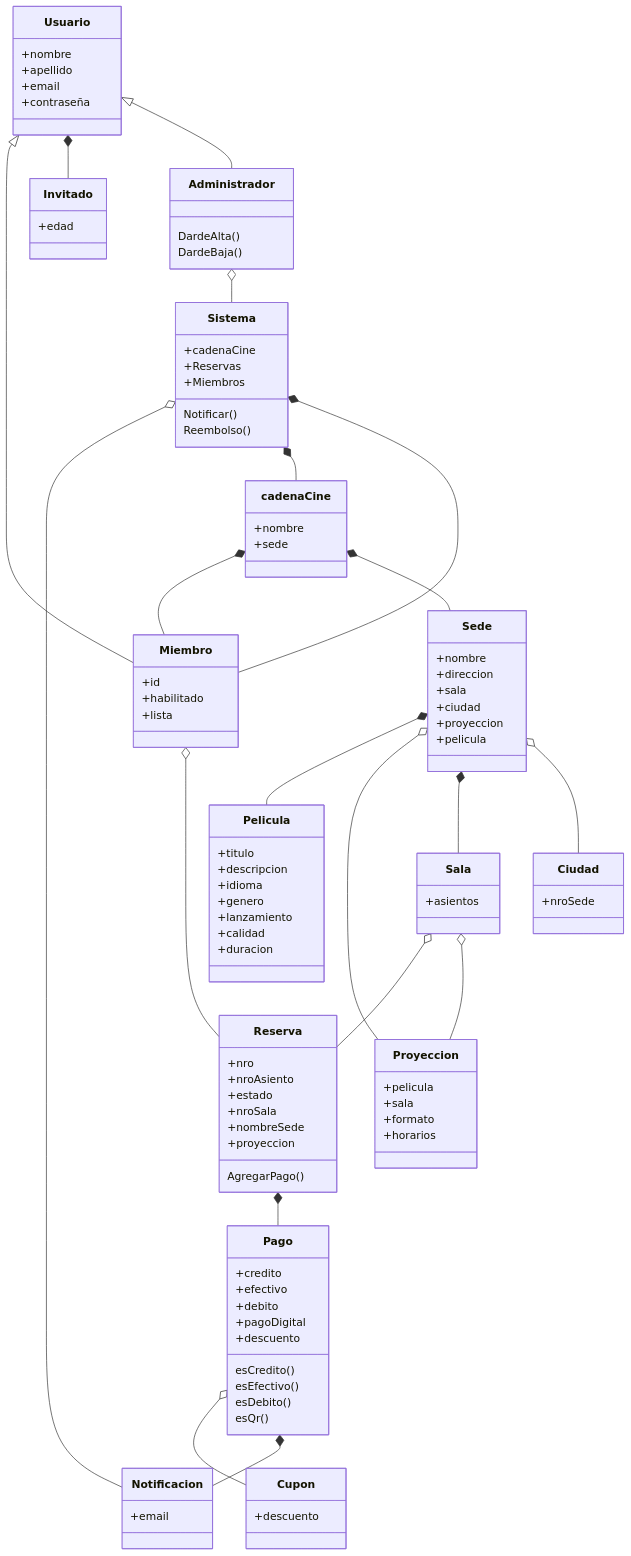
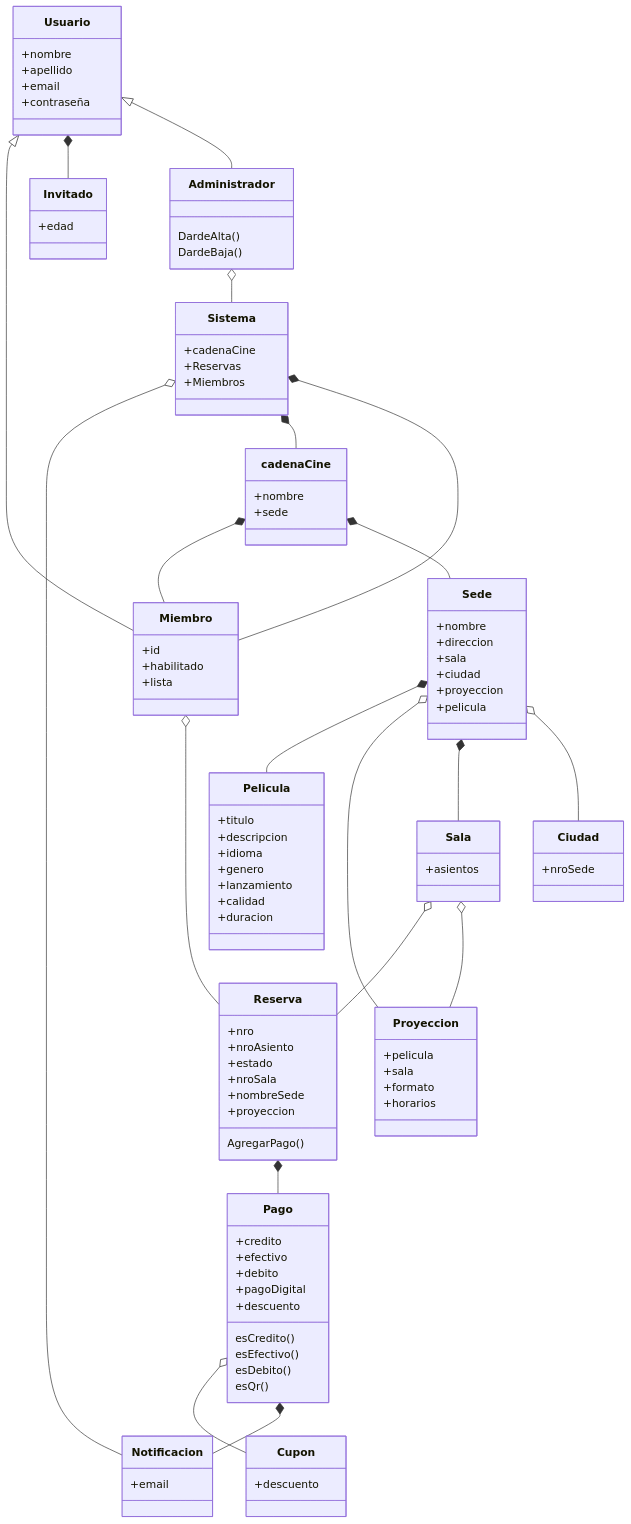
One commit to quirogapabon11/Cine changed the diagram in doc/diagrama.mmd. Above: the diagram before and after it, drawn with Mermaid. The commit also changed 7 other files, not shown here.

```diff
--- a/doc/diagrama.mmd
+++ b/doc/diagrama.mmd
@@ -1,119 +1,118 @@
 classDiagram
 
 class Miembro
 Miembro: +id
 Miembro: +habilitado
 Miembro: +lista  
 
 Miembro o-- Reserva
 Reserva *-- Pago
 
 class Usuario
 Usuario: +nombre
 Usuario: +apellido
 Usuario: +email
 Usuario: +contraseña
 Usuario <|-- Miembro
 Usuario *-- Invitado
 
 class Invitado
 Invitado: +edad
 
 class cadenaCine
 cadenaCine: +nombre
 cadenaCine: +sede
 
 Sede *-- Pelicula
 cadenaCine *-- Miembro
 
 class Sede
 Sede: +nombre
 Sede: +direccion
 Sede: +sala
 Sede: +ciudad
 Sede: +proyeccion
 Sede: +pelicula
 cadenaCine *-- Sede
 
 
 class Ciudad
 Ciudad: +nroSede
 
 class Pelicula 
 Pelicula: +titulo
 Pelicula: +descripcion
 Pelicula: +idioma
 Pelicula: +genero
 Pelicula: +lanzamiento
 Pelicula: +calidad
 Pelicula: +duracion
 
 
 
 Sede o-- Proyeccion
 
 Sede *-- Sala
 
 Sala o-- Reserva
 Sala o-- Proyeccion
 Sede o-- Ciudad
 
 class Proyeccion
 Proyeccion: +pelicula
 Proyeccion: +sala
 Proyeccion: +formato
 Proyeccion: +horarios
 
 class Sala
 Sala: +asientos
 
 
 
 
 class Reserva
 Reserva: +nro
 Reserva: +nroAsiento
 Reserva: +estado
 Reserva: +nroSala
 Reserva: +nombreSede
 Reserva: +proyeccion
 Reserva: AgregarPago()
 
 class Sistema
-Sistema: Notificar()
 Sistema: +cadenaCine
 Sistema: +Reservas
 Sistema: +Miembros
-Sistema: Reembolso()
+
 
 Sistema o-- Notificacion
 Sistema *-- cadenaCine
 Sistema *-- Miembro
 
 class Pago
 Pago: +credito
 Pago: +efectivo
 Pago: +debito
 Pago: +pagoDigital
 Pago: +descuento
 Pago: esCredito() 
 Pago: esEfectivo()
 Pago: esDebito()
 Pago: esQr()
 
 
 class Cupon
 Cupon: +descuento
 Pago o-- Cupon
 
 
 Pago *-- Notificacion
 
 class Notificacion
 Notificacion: +email
 
 class Administrador
 Administrador: DardeAlta()
 Administrador: DardeBaja()
 Administrador o-- Sistema
 Usuario <|-- Administrador 
```
